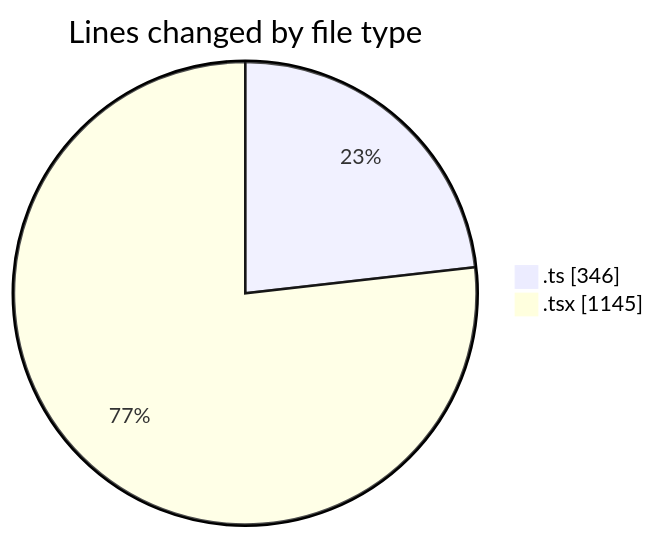
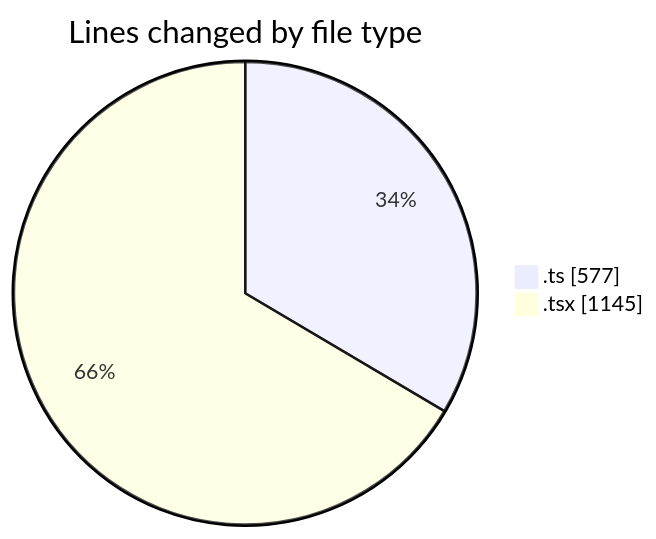
One commit to JenPaints/code-tracking changed the first of 2 diagrams in 2025-06-22/1bhk_life/README.md. Above: the diagram before and after it, drawn with Mermaid. The commit also changed other lines of this file and 1 other file, not shown here.

````diff
--- a/2025-06-22/1bhk_life/README.md
+++ b/2025-06-22/1bhk_life/README.md
@@ -22,6 +23,6 @@
 ```mermaid
 pie showData
 title Lines changed by file type
-".ts" : 346
+".ts" : 577
 ".tsx" : 1145
 ```
````
